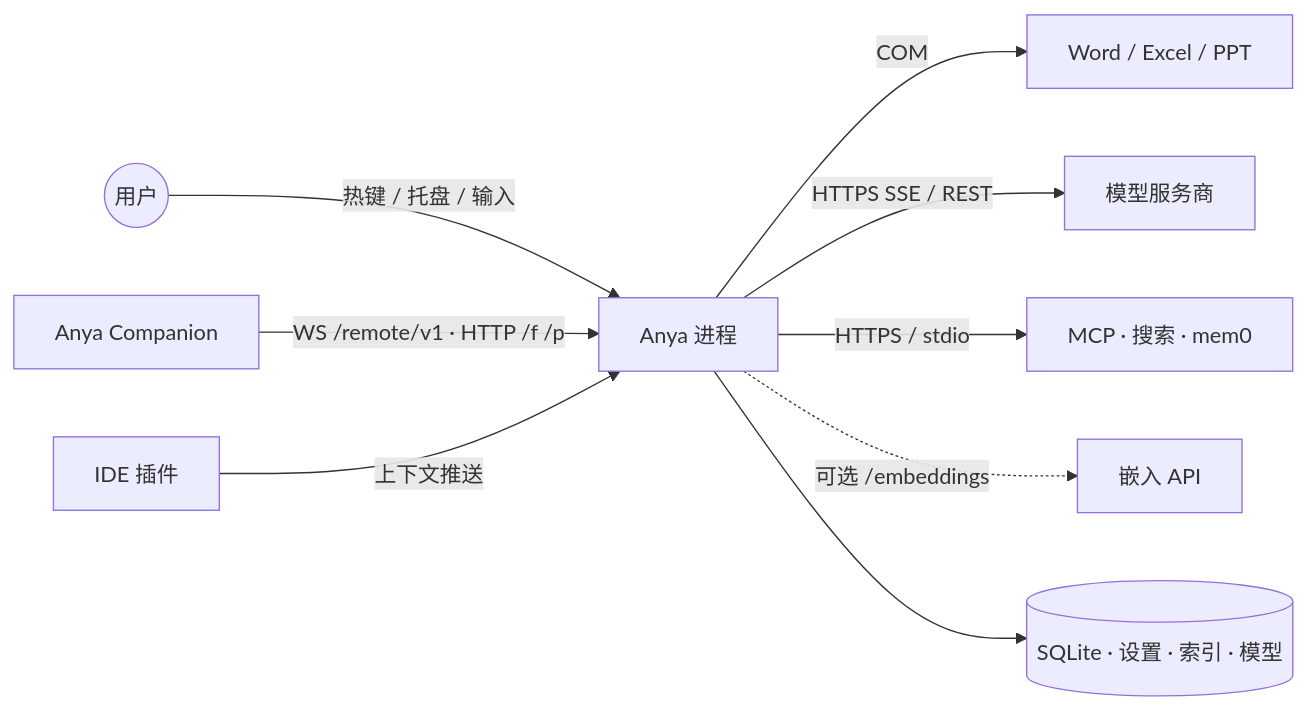
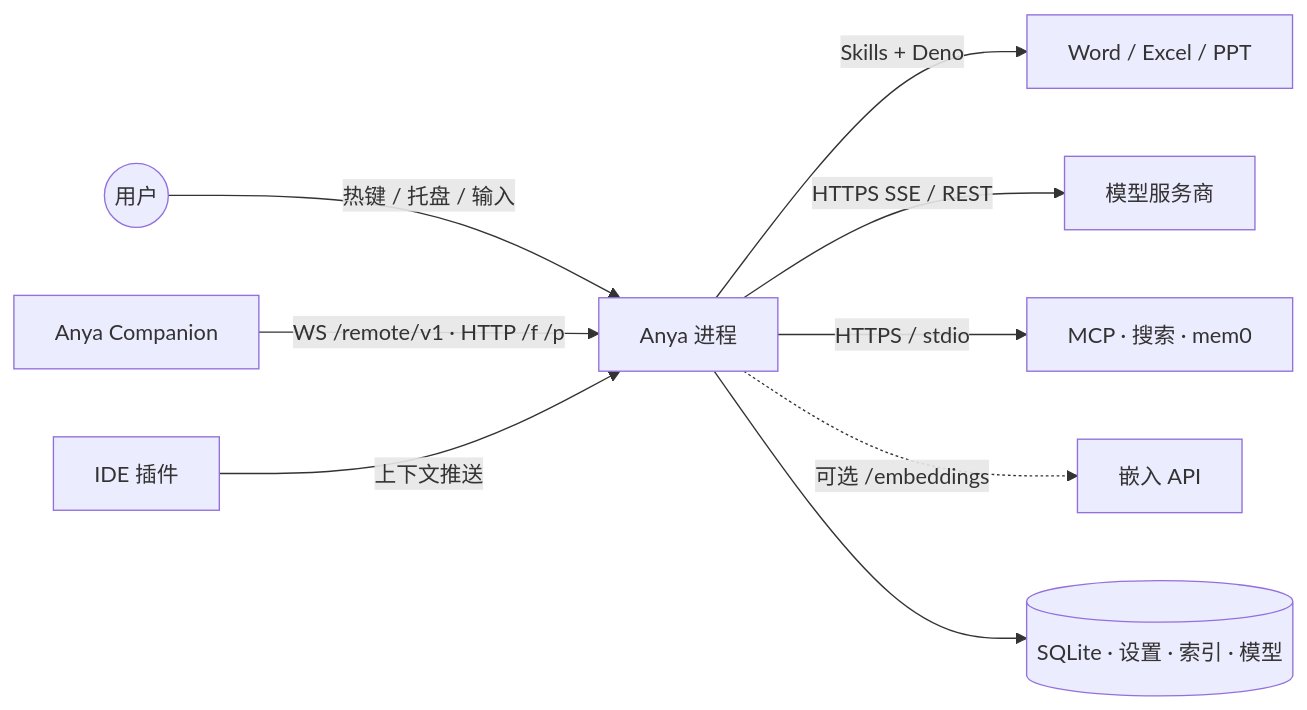
The first of 20 diagrams in docs/architecture-overview.zh-CN.md (rururunu/Anya), drawn with Mermaid before and after one commit. The commit also changed other lines of this file and 205 other files, not shown here.

````diff
--- a/docs/architecture-overview.zh-CN.md
+++ b/docs/architecture-overview.zh-CN.md
@@ -47,11 +47,11 @@
 ```mermaid
 flowchart LR
   User((用户)) -->|热键 / 托盘 / 输入| Host[Anya 进程]
   Phone[Anya Companion] -->|WS /remote/v1 · HTTP /f /p| Host
   IDE[IDE 插件] -->|上下文推送| Host
-  Host -->|COM| Office[Word / Excel / PPT]
+  Host -->|Skills + Deno| Office[Word / Excel / PPT]
   Host -->|HTTPS SSE / REST| LLM[模型服务商]
   Host -->|HTTPS / stdio| Aux[MCP · 搜索 · mem0]
   Host -.->|可选 /embeddings| Emb[嵌入 API]
   Host --> Disk[(SQLite · 设置 · 索引 · 模型)]
 ```
````
